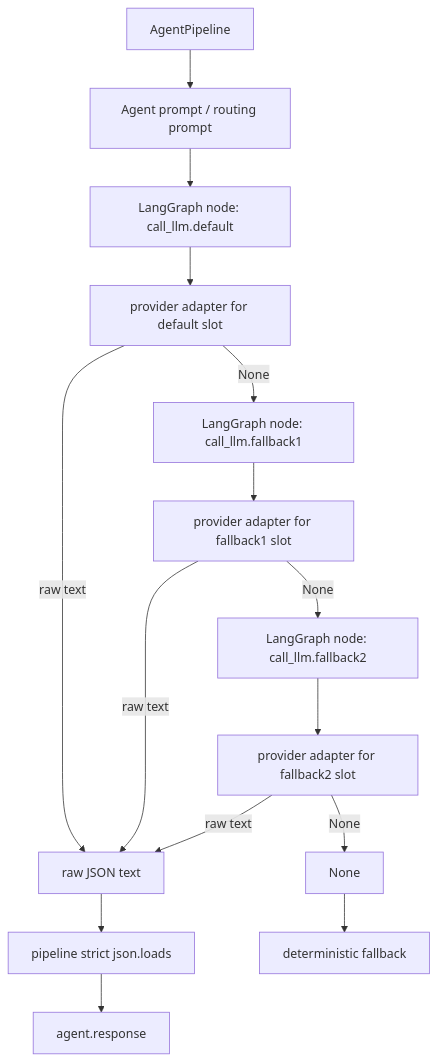
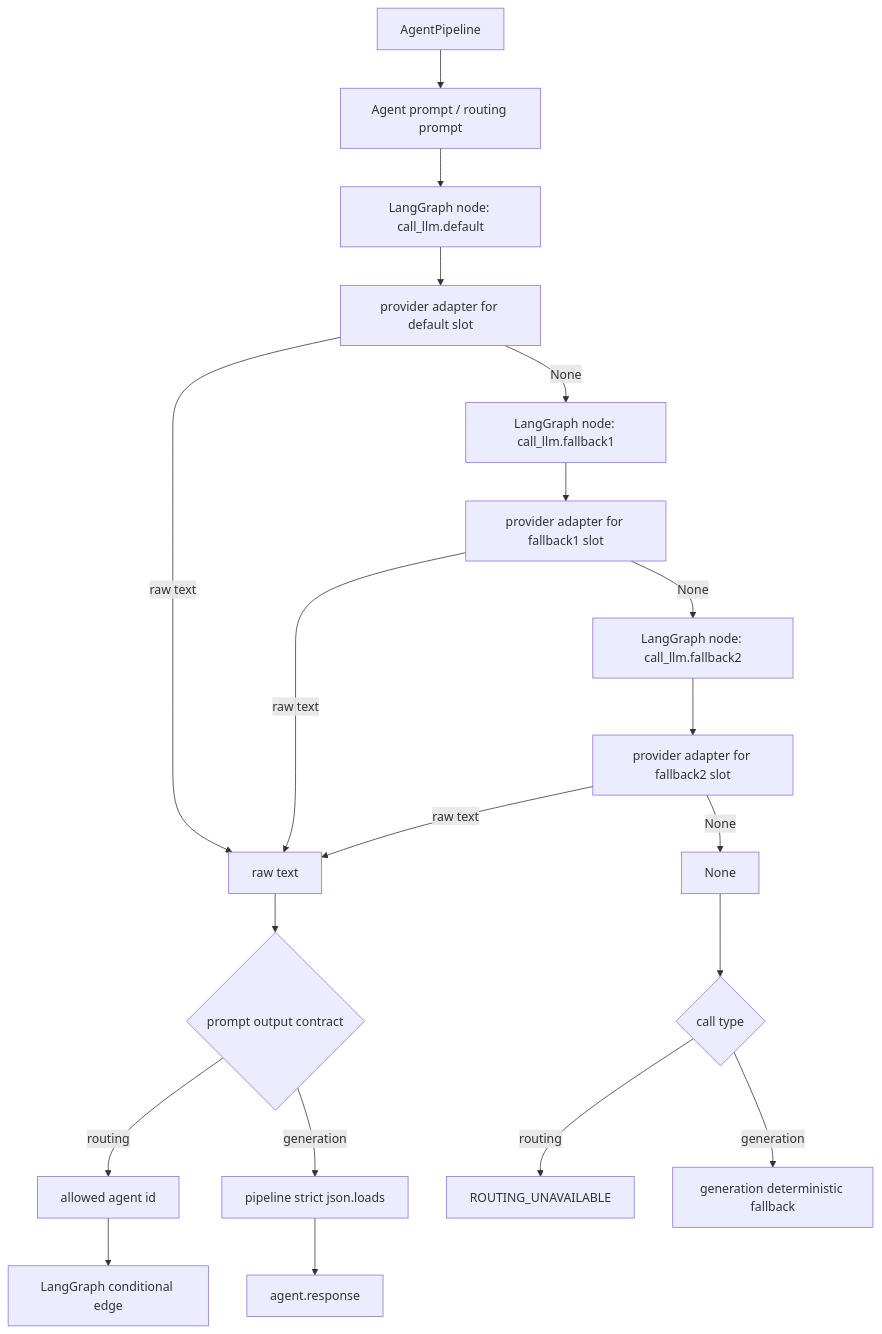
Before and after one commit to PU3-Lab/factory-space: the diagram in backend/docs/plans/llm_implementation_plan.md, drawn with Mermaid. The commit also changed other lines of this file and 24 other files, not shown here.

Commit message:
Refs #19 agent routing 용어 정리

````diff
--- a/backend/docs/plans/llm_implementation_plan.md
+++ b/backend/docs/plans/llm_implementation_plan.md
@@ -79,17 +80,22 @@
 ```mermaid
 flowchart TD
     Pipeline[AgentPipeline] --> Prompt[Agent prompt / routing prompt]
     Prompt --> DefaultNode[LangGraph node: call_llm.default]
     DefaultNode --> DefaultAdapter[provider adapter for default slot]
     DefaultAdapter -->|None| Fallback1Node[LangGraph node: call_llm.fallback1]
     Fallback1Node --> Fallback1Adapter[provider adapter for fallback1 slot]
     Fallback1Adapter -->|None| Fallback2Node[LangGraph node: call_llm.fallback2]
     Fallback2Node --> Fallback2Adapter[provider adapter for fallback2 slot]
     Fallback2Adapter -->|None| Empty[None]
-    DefaultAdapter -->|raw text| Raw[raw JSON text]
+    DefaultAdapter -->|raw text| Raw[raw text]
     Fallback1Adapter -->|raw text| Raw
     Fallback2Adapter -->|raw text| Raw
-    Raw --> PipelineParse[pipeline strict json.loads]
-    Empty --> Fallback[deterministic fallback]
+    Raw --> OutputContract{prompt output contract}
+    OutputContract -->|routing| RouteId[allowed agent id]
+    OutputContract -->|generation| PipelineParse[pipeline strict json.loads]
+    Empty --> CallFailure{call type}
+    CallFailure -->|routing| RoutingError[ROUTING_UNAVAILABLE]
+    CallFailure -->|generation| Fallback[generation deterministic fallback]
+    RouteId --> RouteEdge[LangGraph conditional edge]
     PipelineParse --> Response[agent.response]
 ```
````
